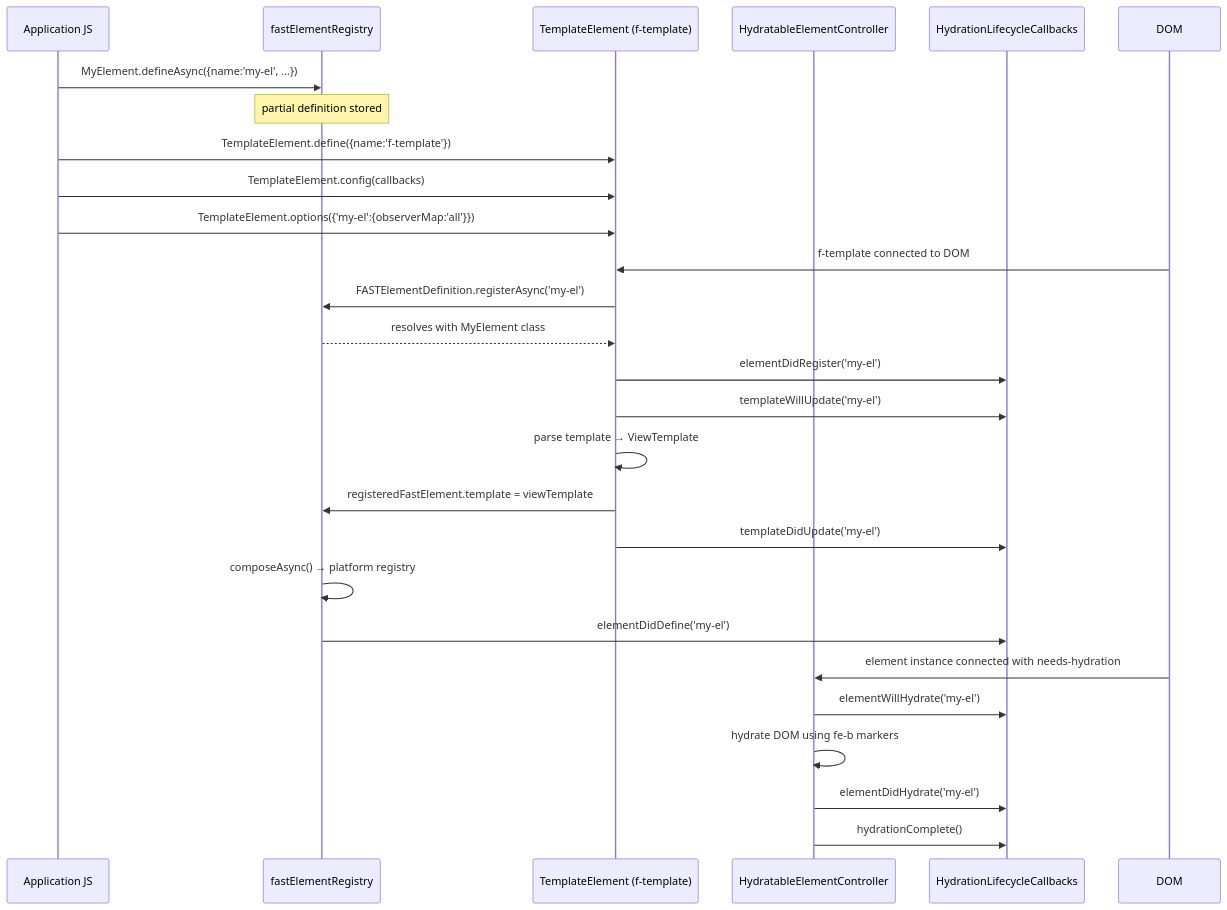
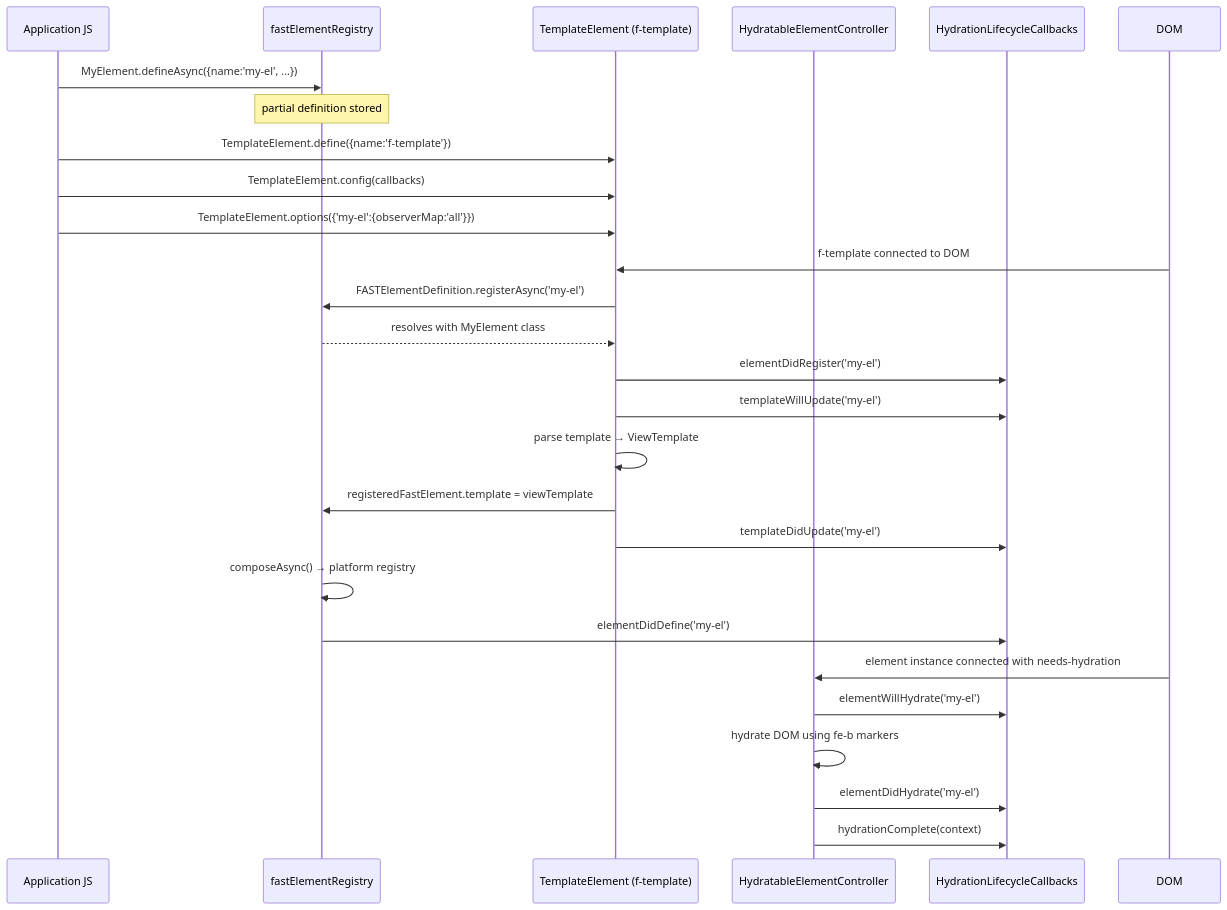
One commit to microsoft/fast changed the fourth of 4 diagrams in packages/fast-html/DESIGN.md. Above: the diagram before and after it, drawn with Mermaid. The commit also changed other lines of this file and 1 other file, not shown here.

Commit message:
docs: update README and DESIGN for hydrationComplete context
Document the HydrationCompleteContext parameter added to the
hydrationComplete callback, including updated examples and the
lifecycle sequence diagram.

````diff
--- a/packages/fast-html/DESIGN.md
+++ b/packages/fast-html/DESIGN.md
@@ -291,32 +291,32 @@
 ```mermaid
 sequenceDiagram
     participant App as Application JS
     participant FER as fastElementRegistry
     participant TE as TemplateElement (f-template)
     participant HEC as HydratableElementController
     participant Callbacks as HydrationLifecycleCallbacks
 
     App->>FER: MyElement.defineAsync({name:'my-el', ...})
     note over FER: partial definition stored
 
     App->>TE: TemplateElement.define({name:'f-template'})
     App->>TE: TemplateElement.config(callbacks)
     App->>TE: TemplateElement.options({'my-el':{observerMap:'all'}})
 
     DOM->>TE: f-template connected to DOM
     TE->>FER: FASTElementDefinition.registerAsync('my-el')
     FER-->>TE: resolves with MyElement class
     TE->>Callbacks: elementDidRegister('my-el')
     TE->>Callbacks: templateWillUpdate('my-el')
     TE->>TE: parse template → ViewTemplate
     TE->>FER: registeredFastElement.template = viewTemplate
     TE->>Callbacks: templateDidUpdate('my-el')
     FER->>FER: composeAsync() → platform registry
     FER->>Callbacks: elementDidDefine('my-el')
 
     DOM->>HEC: element instance connected with needs-hydration
     HEC->>Callbacks: elementWillHydrate('my-el')
     HEC->>HEC: hydrate DOM using fe-b markers
     HEC->>Callbacks: elementDidHydrate('my-el')
-    HEC->>Callbacks: hydrationComplete()
+    HEC->>Callbacks: hydrationComplete(context)
 ```
````
